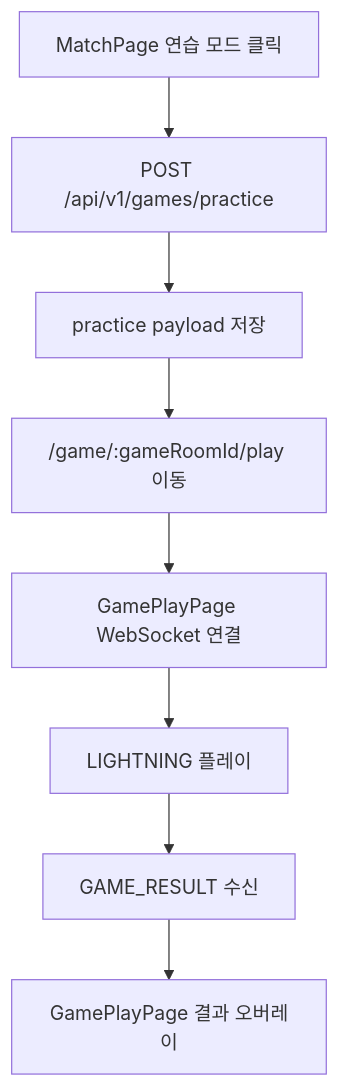
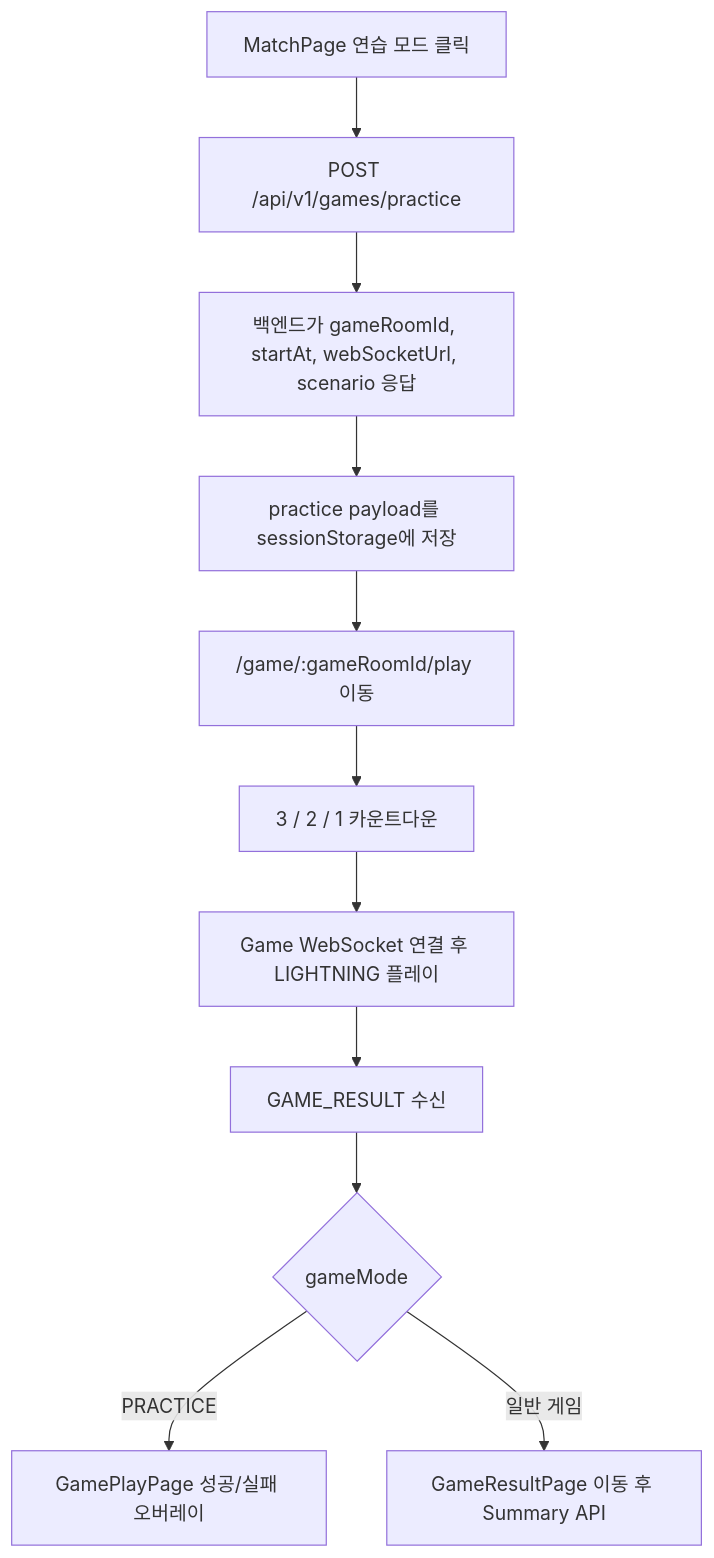
The third of 5 diagrams in docs/antigravity/frontend/issue-122-practice-mode-entry.md (moonwhistle/League-of-Star), drawn with Mermaid before and after one commit. The commit also changed other lines of this file, not shown here.

````diff
--- a/docs/antigravity/frontend/issue-122-practice-mode-entry.md
+++ b/docs/antigravity/frontend/issue-122-practice-mode-entry.md
@@ -404,10 +408,13 @@
 ```mermaid
 flowchart TD
     A["MatchPage 연습 모드 클릭"] --> B["POST /api/v1/games/practice"]
-    B --> C["practice payload 저장"]
-    C --> D["/game/:gameRoomId/play 이동"]
-    D --> E["GamePlayPage WebSocket 연결"]
-    E --> F["LIGHTNING 플레이"]
-    F --> G["GAME_RESULT 수신"]
-    G --> H["GamePlayPage 결과 오버레이"]
+    B --> C["백엔드가 gameRoomId, startAt, webSocketUrl, scenario 응답"]
+    C --> D["practice payload를 sessionStorage에 저장"]
+    D --> E["/game/:gameRoomId/play 이동"]
+    E --> F["3 / 2 / 1 카운트다운"]
+    F --> G["Game WebSocket 연결 후 LIGHTNING 플레이"]
+    G --> H["GAME_RESULT 수신"]
+    H --> I{"gameMode"}
+    I -->|PRACTICE| J["GamePlayPage 성공/실패 오버레이"]
+    I -->|일반 게임| K["GameResultPage 이동 후 Summary API"]
 ```
````
